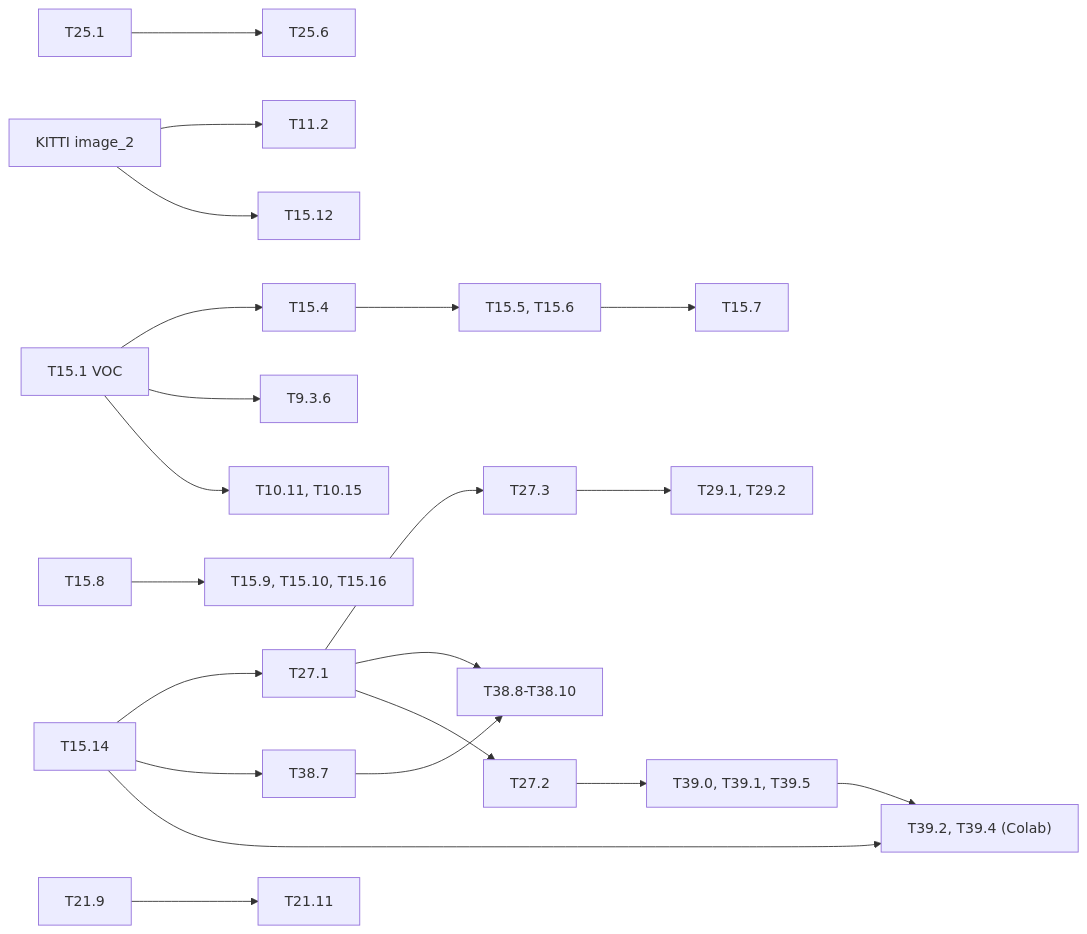
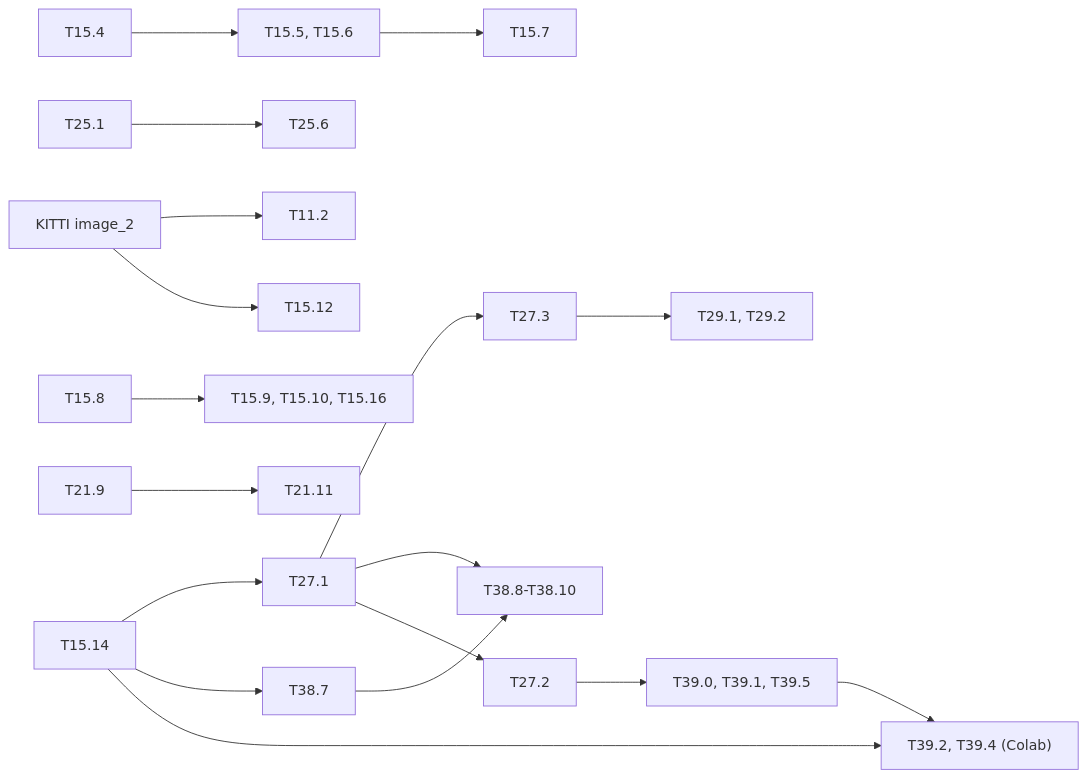
The diagram in docs/tasks/long-runs.md (lrivals/EmbeddedComputervision), drawn with Mermaid before and after one commit. The commit also changed other lines of this file and 3 other files, not shown here.

````diff
--- a/docs/tasks/long-runs.md
+++ b/docs/tasks/long-runs.md
@@ -159,14 +159,13 @@
 ```mermaid
 graph LR
   T1514[T15.14] --> T271[T27.1] --> T273[T27.3] --> T29["T29.1, T29.2"]
   T251[T25.1] --> T256[T25.6]
   KITTI["KITTI image_2"] --> T112[T11.2] & T1512[T15.12]
-  T151["T15.1 VOC"] --> T154[T15.4] --> T155["T15.5, T15.6"] --> T157[T15.7]
-  T151 --> T936[T9.3.6] & T1011["T10.11, T10.15"]
+  T154[T15.4] --> T155["T15.5, T15.6"] --> T157[T15.7]
   T158[T15.8] --> T159["T15.9, T15.10, T15.16"]
   T219[T21.9] --> T2111[T21.11]
   T1514 --> T387[T38.7] --> T388["T38.8-T38.10"]
   T271 --> T388
   T271 --> T272[T27.2] --> T39["T39.0, T39.1, T39.5"] --> T392["T39.2, T39.4 (Colab)"]
   T1514 --> T392
 ```
````
